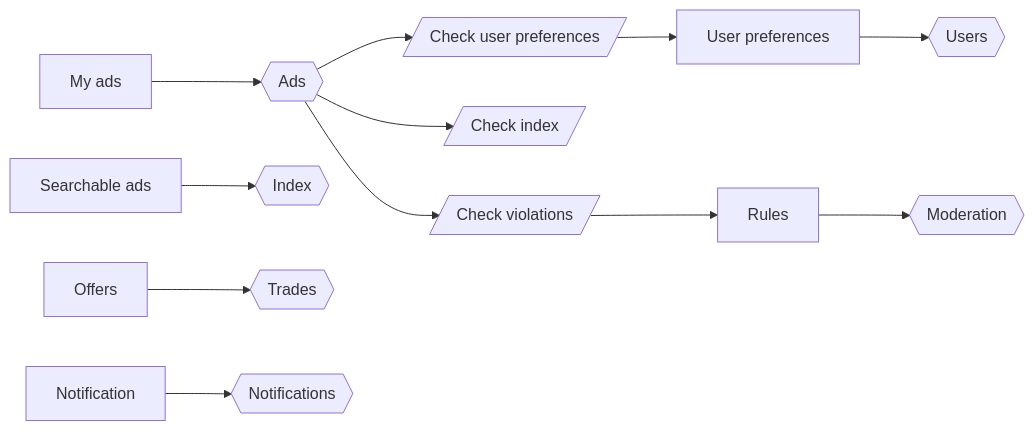
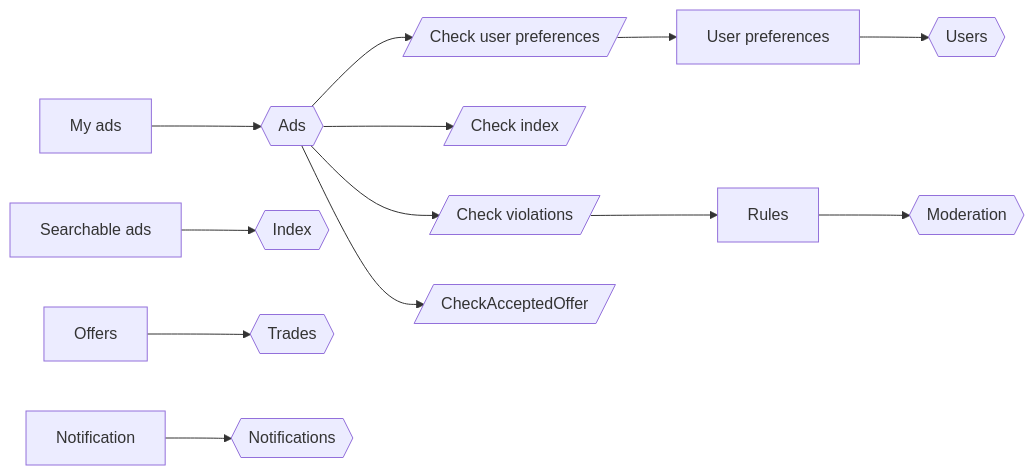
One commit to setms/book changed the diagram in docs/examples/classifieds/index.md. Above: the diagram before and after it, drawn with Mermaid. The commit also changed other lines of this file and 2 other files, not shown here.

````diff
--- a/docs/examples/classifieds/index.md
+++ b/docs/examples/classifieds/index.md
@@ -56,30 +56,32 @@
 ```mermaid
 flowchart LR
   CUP[/Check user preferences/]
   UP[User preferences]
   U{{Users}}
   A{{Ads}}
   CI[/Check index/]
   MA[My ads]
   CV[/Check violations/]
   RV[Rules]
   R{{Moderation}}
   SA[Searchable ads]
   I{{Index}}
   O[Offers]
   T{{Trades}}
   No[Notification]
   N{{Notifications}}
+  CAO[/CheckAcceptedOffer/]
 
   CUP --> UP
   A --> CUP
   A --> CI
   A --> CV
   CV --> RV
   RV --> R
   SA --> I
   No --> N
   O --> T
   UP --> U
   MA --> A
+  A --> CAO
 ```
````
